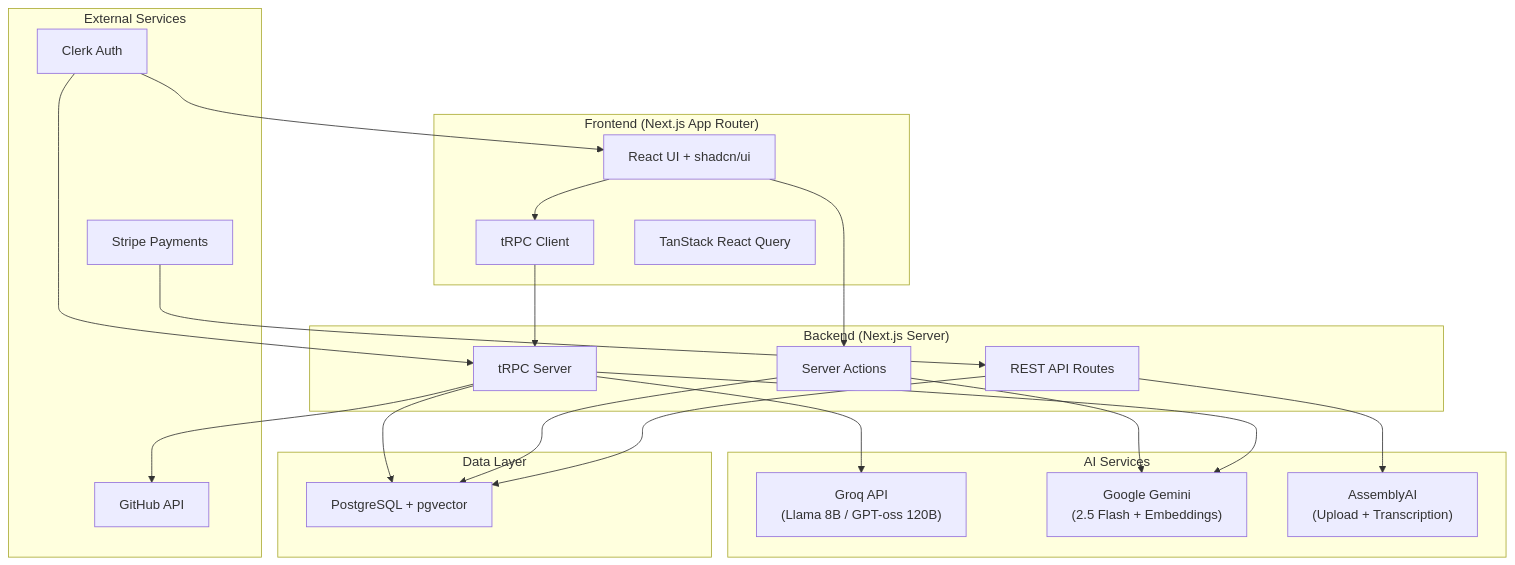
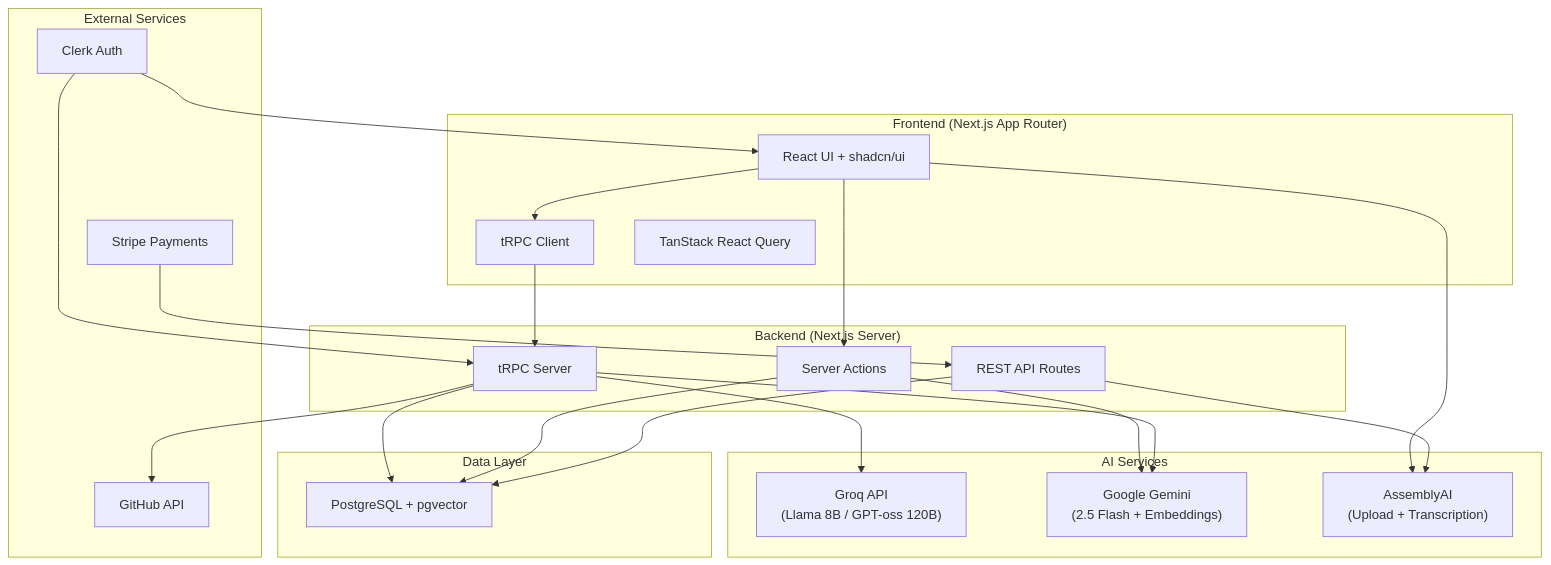
Before and after one commit to SplinterSword/octogen: the first of 2 diagrams in README.md, drawn with Mermaid. The commit also changed other lines of this file, not shown here.

Commit message:
docs: update README for client-side AssemblyAI upload, Vercel 413 workaround, and env vars

````diff
--- a/README.md
+++ b/README.md
@@ -68,42 +68,43 @@
 ```mermaid
 flowchart TB
     subgraph Client["Frontend (Next.js App Router)"]
         UI["React UI + shadcn/ui"]
         TRPC_C["tRPC Client"]
         RQ["TanStack React Query"]
     end
 
     subgraph Server["Backend (Next.js Server)"]
         TRPC_S["tRPC Server"]
         SA["Server Actions"]
         API["REST API Routes"]
     end
 
     subgraph AI["AI Services"]
         Groq["Groq API\n(Llama 8B / GPT-oss 120B)"]
         Gemini["Google Gemini\n(2.5 Flash + Embeddings)"]
         Assembly["AssemblyAI\n(Upload + Transcription)"]
     end
 
     subgraph Data["Data Layer"]
         PG["PostgreSQL + pgvector"]
     end
 
     subgraph External["External Services"]
         GH["GitHub API"]
         Clerk["Clerk Auth"]
         Stripe["Stripe Payments"]
     end
 
     UI --> TRPC_C --> TRPC_S --> PG
     UI --> SA --> Gemini
     SA --> PG
+    UI --> Assembly
     API --> Assembly
     API --> PG
     TRPC_S --> GH
     TRPC_S --> Gemini
     TRPC_S --> Groq
     Clerk --> UI
     Clerk --> TRPC_S
     Stripe --> API
 ```
````
